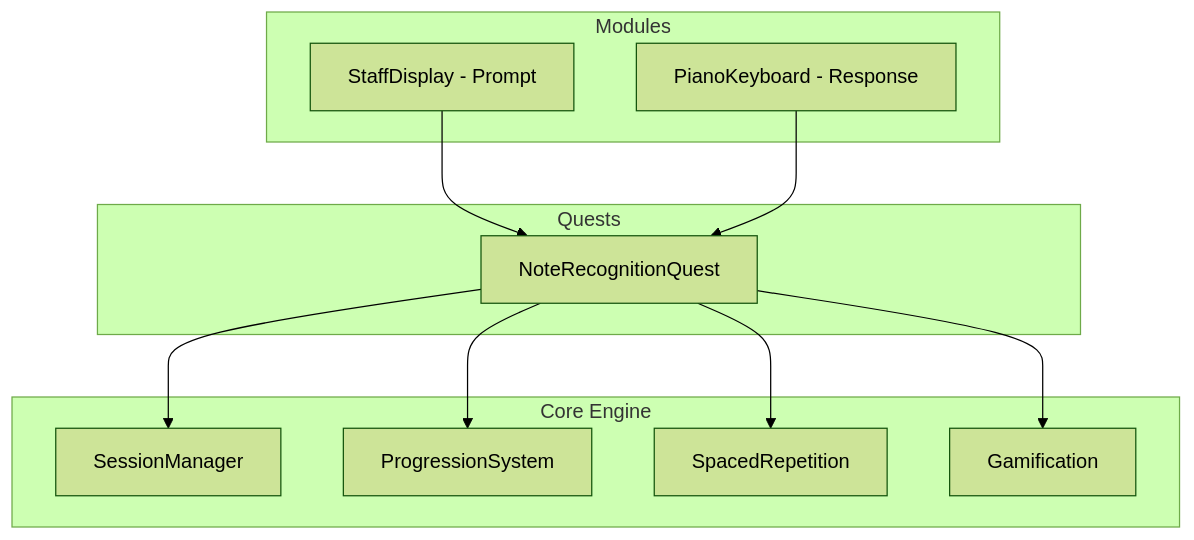
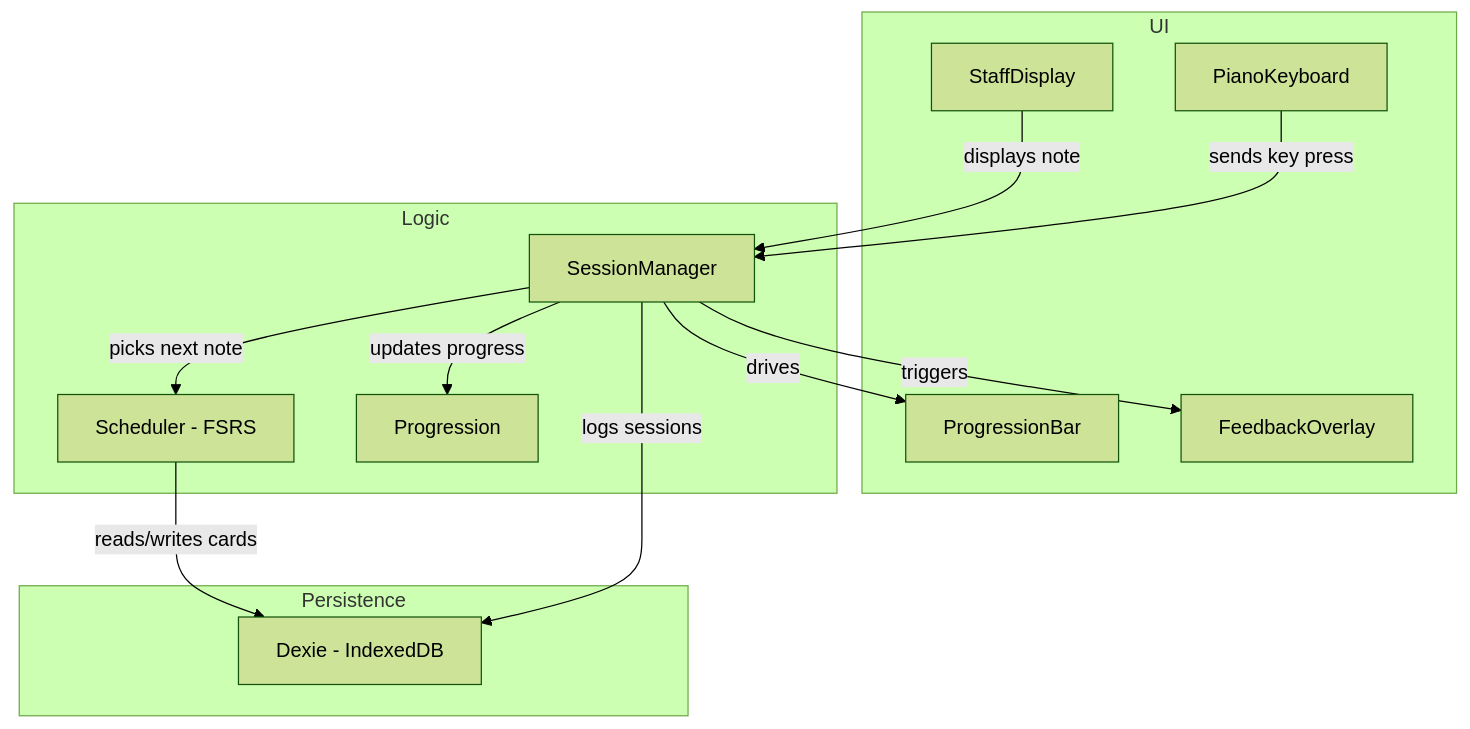
The first of 2 diagrams in docs/TDD.md (dpkay/vibeyond), drawn with Mermaid (forest theme) before and after one commit. The commit also changed other lines of this file and 1 other file, not shown here.

First line of the commit message:
Simplify architecture, add FSRS child tuning, resolve all open questions

````diff
--- a/docs/TDD.md
+++ b/docs/TDD.md
@@ -9,25 +19,28 @@
 ```mermaid
 graph TD
-    subgraph Modules
-        A[StaffDisplay - Prompt]
-        B[PianoKeyboard - Response]
+    subgraph UI
+        A[StaffDisplay]
+        B[PianoKeyboard]
+        C[ProgressionBar]
+        D[FeedbackOverlay]
     end
 
-    subgraph Quests
-        C[NoteRecognitionQuest]
+    subgraph Logic
+        E[SessionManager]
+        F[Scheduler - FSRS]
+        G[Progression]
     end
 
-    subgraph Core Engine
-        D[SessionManager]
-        E[ProgressionSystem]
-        F[SpacedRepetition]
-        G[Gamification]
+    subgraph Persistence
+        H[Dexie - IndexedDB]
     end
 
-    A --> C
-    B --> C
-    C --> D
-    C --> E
-    C --> F
-    C --> G
+    E -- picks next note --> F
+    E -- updates progress --> G
+    F -- reads/writes cards --> H
+    E -- logs sessions --> H
+    A -- displays note --> E
+    B -- sends key press --> E
+    E -- drives --> C
+    E -- triggers --> D
 ```
````
